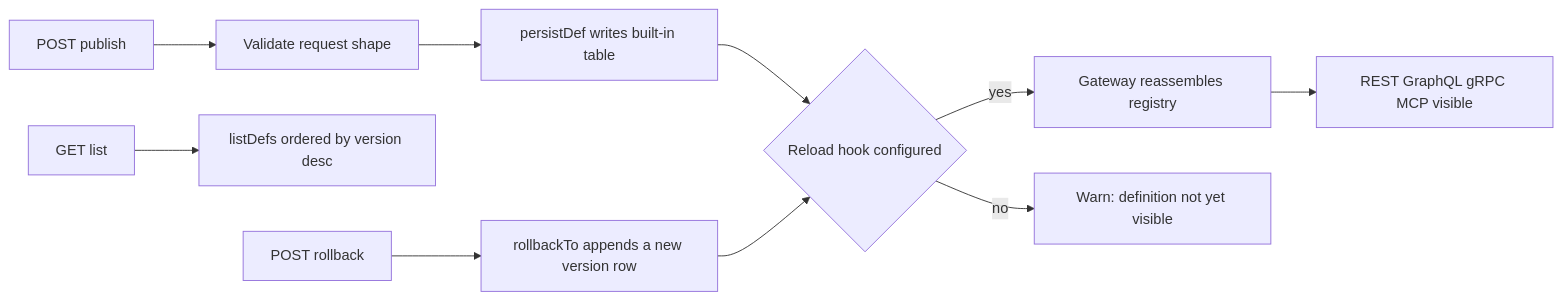
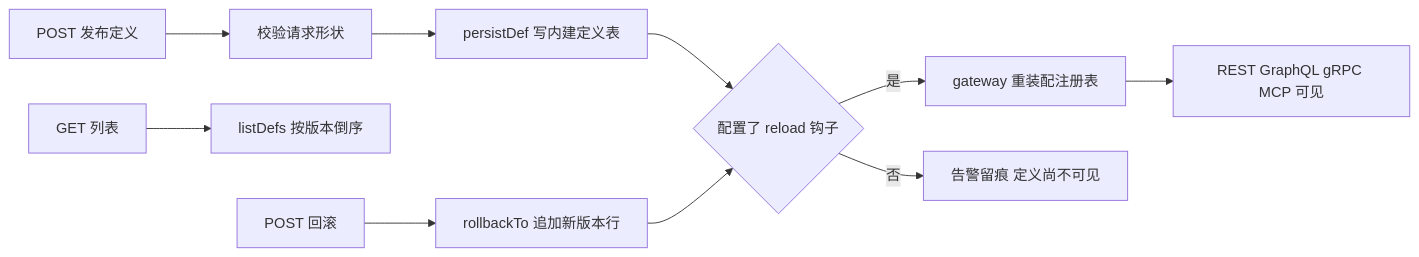
One commit to coenddt/meta-store changed the diagram in README.md. Above: the diagram before and after it, drawn with Mermaid. The commit also changed other lines of this file and 2 other files, not shown here.

````diff
--- a/README.md
+++ b/README.md
@@ -186,12 +186,12 @@
 ```mermaid
 flowchart LR
-  P[POST publish] --> V[Validate request shape]
-  V --> S[persistDef writes built-in table]
-  S --> H{Reload hook configured}
-  H -->|yes| G[Gateway reassembles registry]
-  H -->|no| W[Warn: definition not yet visible]
-  G --> R[REST GraphQL gRPC MCP visible]
-  L[GET list] --> Q[listDefs ordered by version desc]
-  B[POST rollback] --> A[rollbackTo appends a new version row]
+  P[POST 发布定义] --> V[校验请求形状]
+  V --> S[persistDef 写内建定义表]
+  S --> H{配置了 reload 钩子}
+  H -->|是| G[gateway 重装配注册表]
+  H -->|否| W[告警留痕 定义尚不可见]
+  G --> R[REST GraphQL gRPC MCP 可见]
+  L[GET 列表] --> Q[listDefs 按版本倒序]
+  B[POST 回滚] --> A[rollbackTo 追加新版本行]
   A --> H
 ```
````
